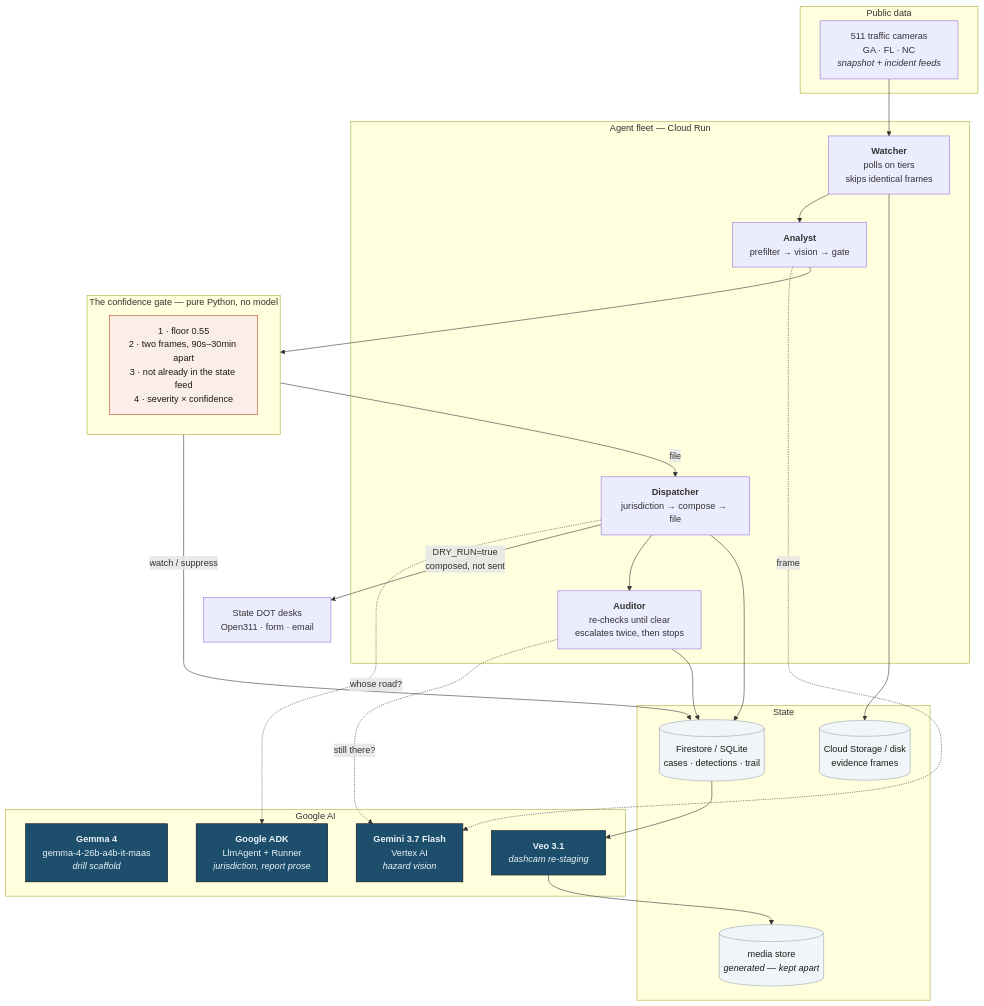
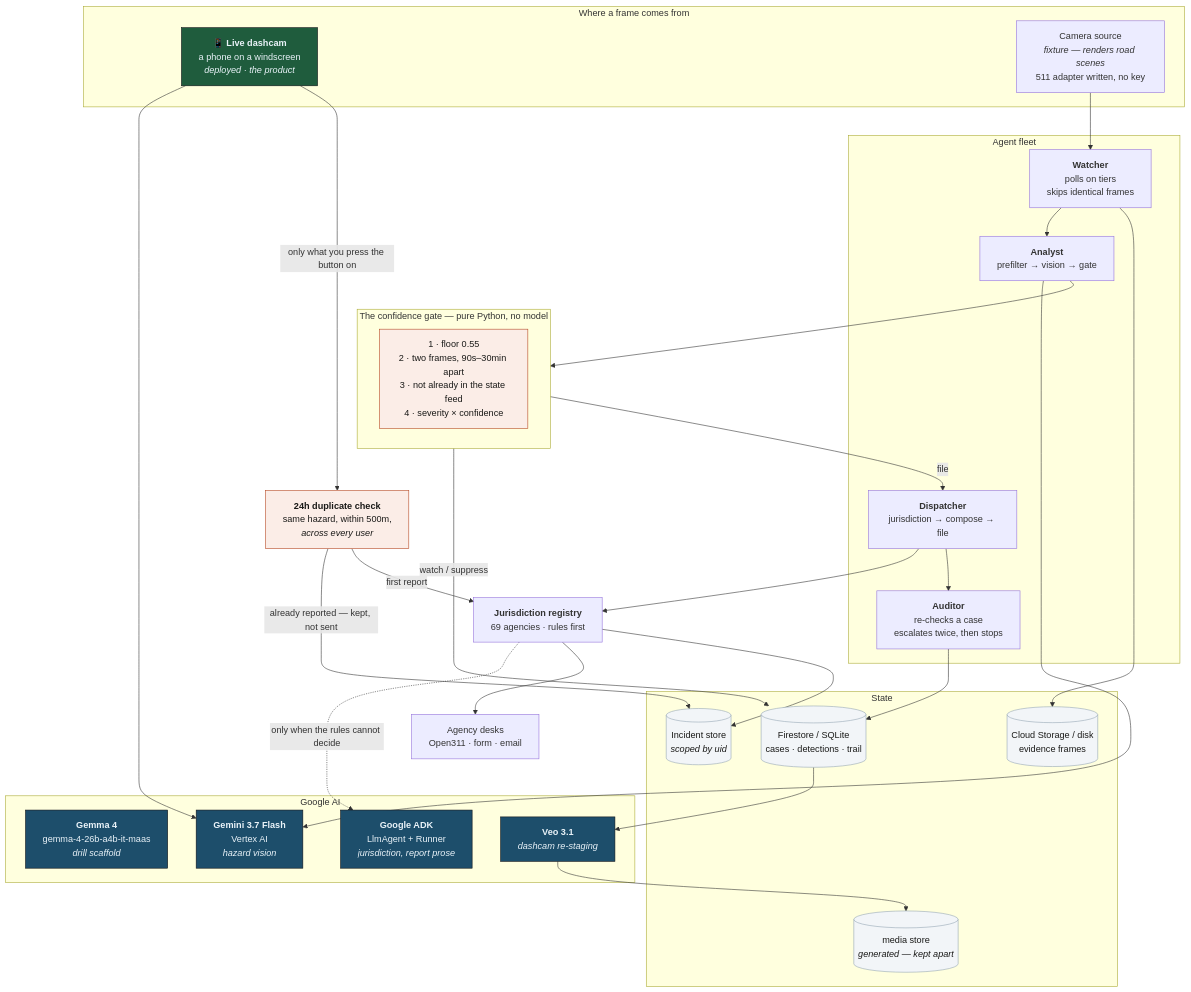
Before and after one commit to luminousyinyang/Road_Cleaner_Agent: the first of 5 diagrams in docs/diagram.md, drawn with Mermaid. The commit also changed other lines of this file and 1 other file, not shown here.

Commit message:
sys diagram update

````diff
--- a/docs/diagram.md
+++ b/docs/diagram.md
@@ -24,54 +35,67 @@
 ```mermaid
 flowchart TB
-    subgraph sources["Public data"]
-        cams["511 traffic cameras<br/>GA · FL · NC<br/><i>snapshot + incident feeds</i>"]
+    subgraph sources["Where a frame comes from"]
+        phone["📱 <b>Live dashcam</b><br/>a phone on a windscreen<br/><i>deployed · the product</i>"]
+        cams["Camera source<br/><i>fixture — renders road scenes</i><br/>511 adapter written, no key"]
     end
 
-    subgraph agents["Agent fleet — Cloud Run"]
+    subgraph agents["Agent fleet"]
         watcher["<b>Watcher</b><br/>polls on tiers<br/>skips identical frames"]
         analyst["<b>Analyst</b><br/>prefilter → vision → gate"]
         dispatcher["<b>Dispatcher</b><br/>jurisdiction → compose → file"]
-        auditor["<b>Auditor</b><br/>re-checks until clear<br/>escalates twice, then stops"]
+        auditor["<b>Auditor</b><br/>re-checks a case<br/>escalates twice, then stops"]
     end
 
     subgraph models["Google AI"]
         gemma["<b>Gemma 4</b><br/>gemma-4-26b-a4b-it-maas<br/><i>drill scaffold</i>"]
         gemini["<b>Gemini 3.7 Flash</b><br/>Vertex AI<br/><i>hazard vision</i>"]
         adk["<b>Google ADK</b><br/>LlmAgent + Runner<br/><i>jurisdiction, report prose</i>"]
         veo["<b>Veo 3.1</b><br/><i>dashcam re-staging</i>"]
     end
 
     subgraph gate["The confidence gate — pure Python, no model"]
         g["1 · floor 0.55<br/>2 · two frames, 90s–30min apart<br/>3 · not already in the state feed<br/>4 · severity × confidence"]
     end
 
+    dedup["<b>24h duplicate check</b><br/>same hazard, within 500m,<br/><i>across every user</i>"]
+    jur["<b>Jurisdiction registry</b><br/>69 agencies · rules first"]
+
     subgraph state["State"]
         repo[("Firestore / SQLite<br/>cases · detections · trail")]
+        incidents[("Incident store<br/><i>scoped by uid</i>")]
         blobs[("Cloud Storage / disk<br/>evidence frames")]
         media[("media store<br/><i>generated — kept apart</i>")]
     end
 
-    agencies["State DOT desks<br/>Open311 · form · email"]
+    agencies["Agency desks<br/>Open311 · form · email"]
 
+    %% the dashcam path — see 02-dashcam for its refusals in full
+    phone --> gemini
+    phone -->|"only what you press the button on"| dedup
+    dedup -->|"already reported — kept, not sent"| incidents
+    dedup -->|first report| jur
+
+    %% the camera path
     cams --> watcher --> analyst
-    analyst -.->|frame| gemini
+    analyst --> gemini
     analyst --> gate
-    gate -->|file| dispatcher
     gate -->|watch / suppress| repo
-    dispatcher -.->|whose road?| adk
-    dispatcher -->|DRY_RUN=true<br/>composed, not sent| agencies
-    dispatcher --> auditor
-    auditor -.->|still there?| gemini
-    auditor --> repo
+    gate -->|file| dispatcher --> jur
+    dispatcher --> auditor --> repo
 
+    %% shared from here down
+    jur -.->|"only when the rules cannot decide"| adk
+    jur --> agencies
+    jur --> incidents
     watcher --> blobs
-    dispatcher --> repo
     repo --> veo --> media
 
     classDef google fill:#1D4E6B,stroke:#0E1116,color:#EAF3F9
     classDef store fill:#F2F5F8,stroke:#94A5B4,color:#1A1A18
     classDef guard fill:#FBEDE7,stroke:#B4451F,color:#1A1A18
+    classDef live fill:#1F5C3D,stroke:#0E1116,color:#EAF3F9
     class gemma,gemini,adk,veo google
-    class repo,blobs,media store
-    class g guard
+    class repo,blobs,media,incidents store
+    class g,dedup,noloc guard
+    class phone live
 ```
````
